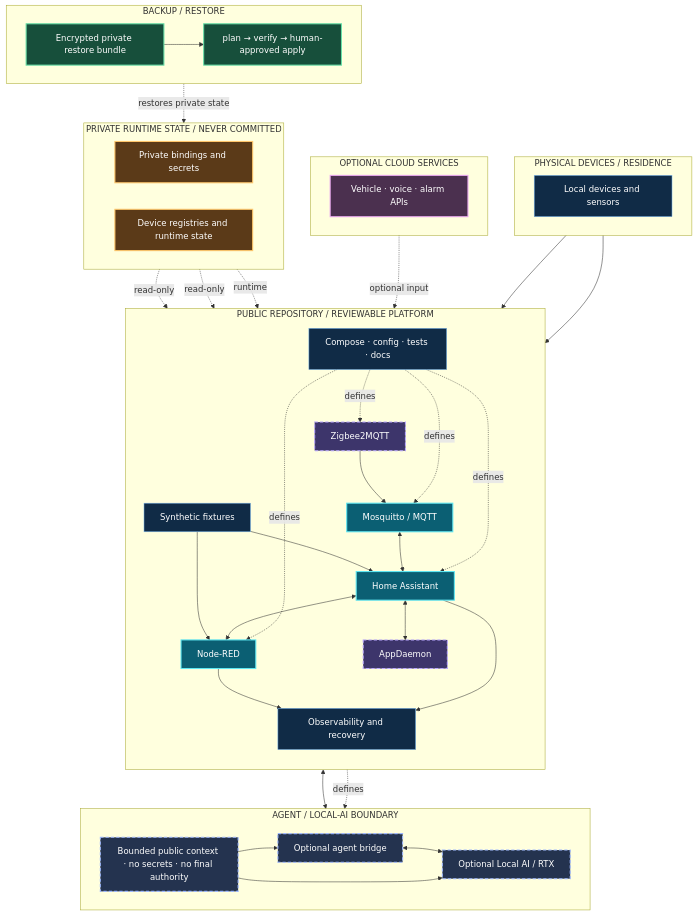
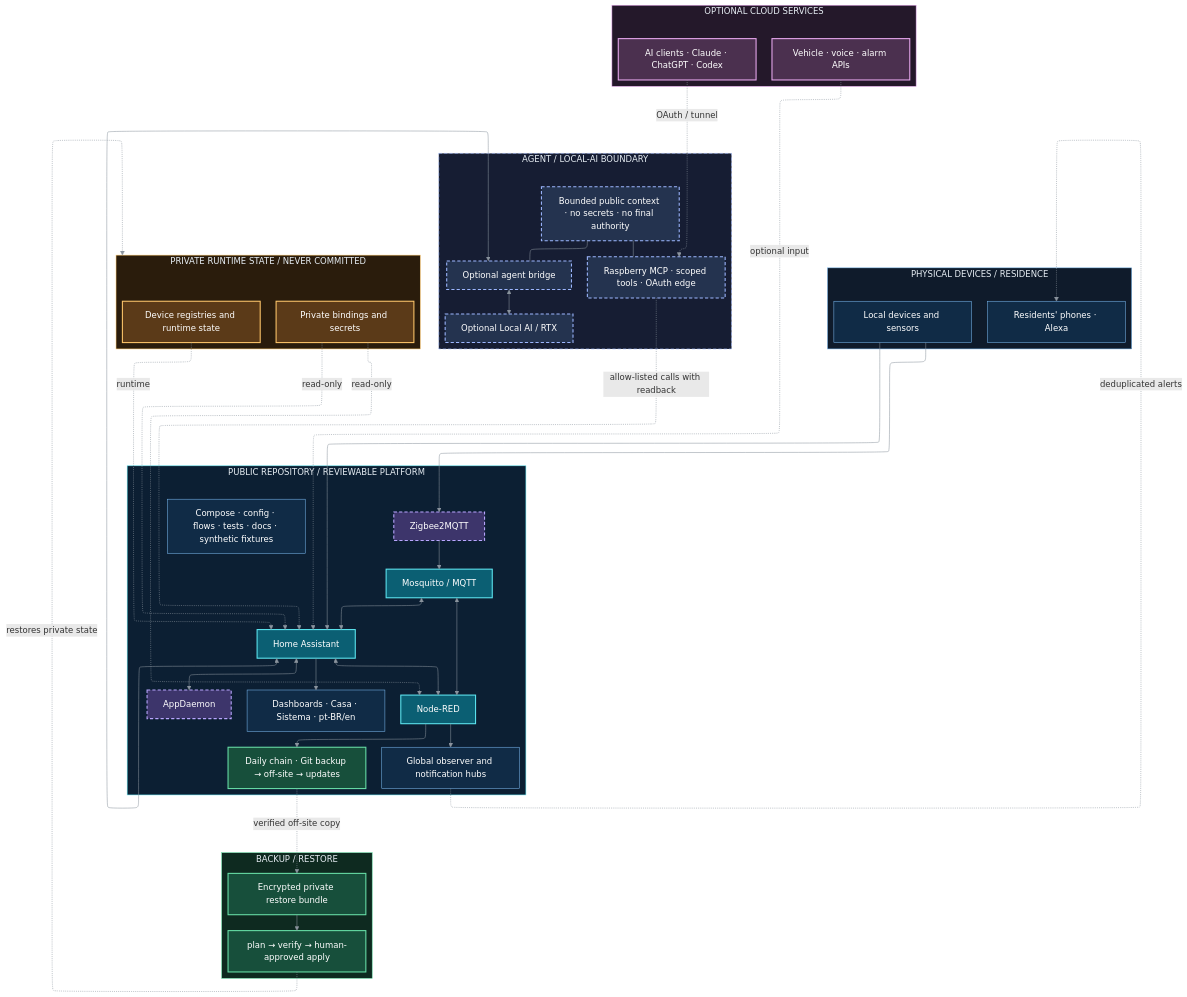
Before and after one commit to gabrafur/my_smart_home: the diagram in docs/assets/smart-home-architecture.mmd, drawn with Mermaid. The commit also changed 11 other files, not shown here.

First line of the commit message:
docs: refresh landing page, architecture diagram and fork guide

```diff
--- a/docs/assets/smart-home-architecture.mmd
+++ b/docs/assets/smart-home-architecture.mmd
@@ -1,83 +1,103 @@
+---
+config:
+  layout: elk
+  elk:
+    mergeEdges: false
+    nodePlacementStrategy: BRANDES_KOEPF
+  themeVariables:
+    lineColor: "#8b949e"
+    fontFamily: "trebuchet ms, verdana, arial, sans-serif"
+---
 flowchart TB
   subgraph PHYSICAL[PHYSICAL DEVICES / RESIDENCE]
-    direction LR
+    direction TB
     DEV[Local devices and sensors]
+    PHONE[Residents' phones · Alexa]
   end
 
   subgraph CLOUD[OPTIONAL CLOUD SERVICES]
-    direction LR
+    direction TB
     CLOUDAPI[Vehicle · voice · alarm APIs]
+    AICLIENT[AI clients · Claude · ChatGPT · Codex]
   end
 
   subgraph PUBLIC[PUBLIC REPOSITORY / REVIEWABLE PLATFORM]
-    direction TB
-    FIXTURES[Synthetic fixtures]
+    direction LR
     Z2M[Zigbee2MQTT]
     MQTT[Mosquitto / MQTT]
     HA[Home Assistant]
     NR[Node-RED]
     AD[AppDaemon]
-    OBS[Observability and recovery]
-    CODE[Compose · config · tests · docs]
+    DASH[Dashboards · Casa · Sistema · pt-BR/en]
+    OBS[Global observer and notification hubs]
+    OPS[Daily chain · Git backup → off-site → updates]
+    CODE[Compose · config · flows · tests · docs · synthetic fixtures]
+  end
+
+  subgraph AGENT[AGENT / LOCAL-AI BOUNDARY]
+    direction TB
+    MCP[Raspberry MCP · scoped tools · OAuth edge]
+    BRIDGE[Optional agent bridge]
+    RTX[Optional Local AI / RTX]
+    POLICY[Bounded public context · no secrets · no final authority]
   end
 
   subgraph PRIVATE[PRIVATE RUNTIME STATE / NEVER COMMITTED]
-    direction LR
+    direction TB
     BIND[Private bindings and secrets]
     STATE[Device registries and runtime state]
   end
 
   subgraph RECOVERY[BACKUP / RESTORE]
-    direction LR
+    direction TB
     BUNDLE[Encrypted private restore bundle]
     VERIFY[plan → verify → human-approved apply]
-  end
-
-  subgraph AGENT[AGENT / LOCAL-AI BOUNDARY]
-    direction LR
-    BRIDGE[Optional agent bridge]
-    RTX[Optional Local AI / RTX]
-    POLICY[Bounded public context · no secrets · no final authority]
   end
 
   DEV --> Z2M
   DEV --> HA
   CLOUDAPI -. optional input .-> HA
-  FIXTURES --> HA
-  FIXTURES --> NR
   Z2M --> MQTT
   MQTT <--> HA
+  MQTT <--> NR
   HA <--> NR
   HA <--> AD
+  HA --> DASH
+  NR --> OBS
+  NR --> OPS
+  OBS -. deduplicated alerts .-> PHONE
+  AICLIENT -. OAuth / tunnel .-> MCP
+  MCP -. allow-listed calls with readback .-> HA
   HA <--> BRIDGE
   BRIDGE <--> RTX
-  POLICY --> BRIDGE
-  POLICY --> RTX
-  NR --> OBS
-  HA --> OBS
-  CODE -. defines .-> Z2M
-  CODE -. defines .-> MQTT
-  CODE -. defines .-> HA
-  CODE -. defines .-> NR
-  CODE -. defines .-> BRIDGE
+  POLICY --- MCP
+  POLICY --- BRIDGE
   BIND -. read-only .-> HA
   BIND -. read-only .-> NR
   STATE -. runtime .-> HA
+  OPS -. verified off-site copy .-> BUNDLE
   BUNDLE --> VERIFY
   VERIFY -. restores private state .-> PRIVATE
 
   classDef core fill:#0b5f73,stroke:#5ee7f2,color:#fff,stroke-width:2px;
   classDef optional fill:#3d356b,stroke:#b9a7ff,color:#fff,stroke-width:2px,stroke-dasharray:6 4;
   classDef private fill:#5b3a18,stroke:#ffc76b,color:#fff,stroke-width:2px;
   classDef recovery fill:#174f3b,stroke:#68e0a8,color:#fff,stroke-width:2px;
   classDef public fill:#102b46,stroke:#7bb8ef,color:#fff,stroke-width:1px;
   classDef external fill:#4b304f,stroke:#e9a8f0,color:#fff,stroke-width:2px;
   classDef boundary fill:#24334f,stroke:#9db7ff,color:#fff,stroke-width:2px,stroke-dasharray:6 4;
 
   class MQTT,HA,NR core;
   class Z2M,AD optional;
   class BIND,STATE private;
-  class BUNDLE,VERIFY recovery;
-  class CLOUDAPI external;
-  class BRIDGE,RTX,POLICY boundary;
-  class DEV,FIXTURES,OBS,CODE public;
+  class BUNDLE,VERIFY,OPS recovery;
+  class CLOUDAPI,AICLIENT external;
+  class BRIDGE,MCP,RTX,POLICY boundary;
+  class DEV,PHONE,OBS,DASH,CODE public;
+
+  style PHYSICAL fill:#0f1b2b,stroke:#7bb8ef,color:#e6edf3
+  style CLOUD fill:#24182a,stroke:#e9a8f0,color:#e6edf3
+  style PUBLIC fill:#0c1f33,stroke:#5ee7f2,color:#e6edf3
+  style AGENT fill:#161d33,stroke:#9db7ff,color:#e6edf3,stroke-dasharray:6 4
+  style PRIVATE fill:#2a1c0c,stroke:#ffc76b,color:#e6edf3
+  style RECOVERY fill:#0e2a20,stroke:#68e0a8,color:#e6edf3
```
